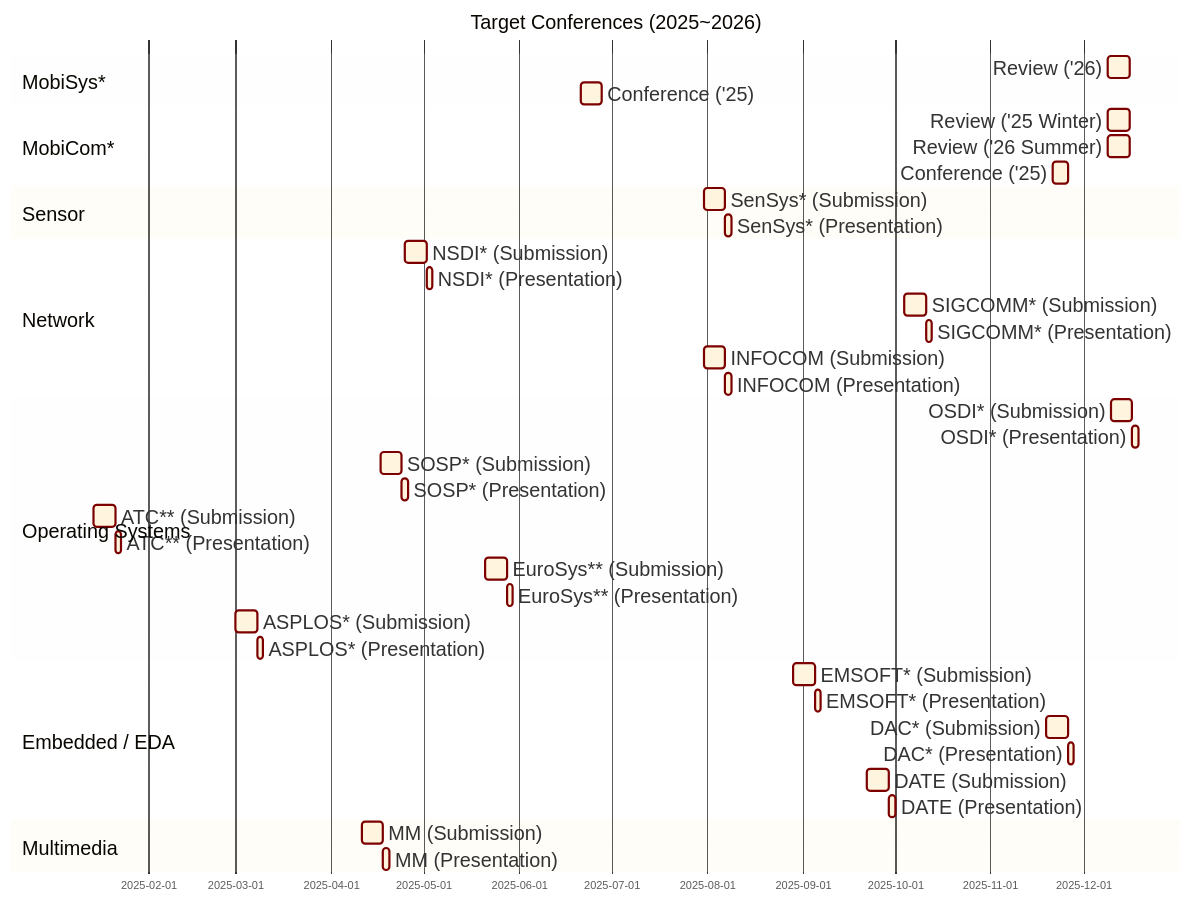
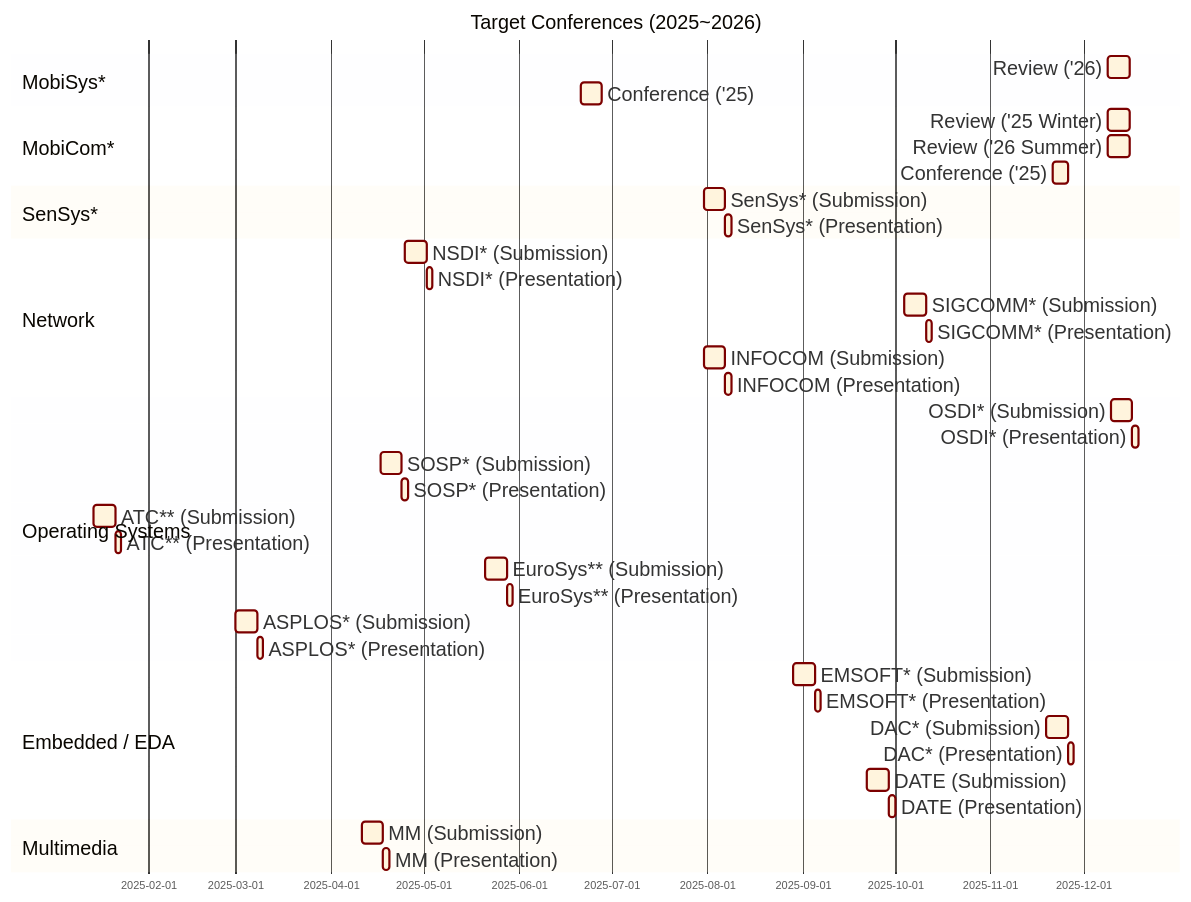
The diagram in README.md (iamseonghoon/Mobile-Systems-Conference-Timelines), drawn with Mermaid before and after one commit.

````diff
--- a/README.md
+++ b/README.md
@@ -5,81 +5,77 @@
 ```mermaid
 %%{init: {'theme': 'base',
 'themeVariables': {
       'fontSize': '18px',
       'primaryBorderColor': '#7C0000',
       'lineColor': '#F8B229',
       'secondaryColor': '#006100',
       'gridColor': '#f0f0f0'},
 "gantt": {
       "fontSize": 18,
       "sectionFontSize": 18,
       "axisFontSize": 20 
   }}}%%
 gantt
     dateFormat  YYYY-MM-DD
     title Target Conferences (2025~2026)
 
     %% --------------------------
     %% Mobile
     %% --------------------------
     section MobiSys*
     Review ('26)        :mobisys-review,    2025-12-09, 7d
     Conference ('25)      :mobisys-conf,    2025-06-21, 7d
     
-
     section MobiCom*
     Review ('25 Winter)       :mobicom-review1,    2025-12-09, 7d
     Review ('26 Summer)       :mobicom-review2,    2025-12-09, 7d
     Conference ('25)          :mobicom-conf,    2025-11-21, 5d
 
-    %% --------------------------
-    %% Sensor
-    %% --------------------------
-    section Sensor
+    section SenSys*
     SenSys* (Submission)        :sens-sub,  2025-07-31, 7d
     SenSys* (Presentation)      :sens-pres, after sens-sub, 2d
 
     %% --------------------------
     %% Network
     %% --------------------------
     section Network
     NSDI* (Submission)          :nsdi-sub,  2025-04-25, 7d
     NSDI* (Presentation)        :nsdi-pres, after nsdi-sub, 2d
     SIGCOMM* (Submission)       :sig-sub,   2025-10-04, 7d
     SIGCOMM* (Presentation)     :sig-pres,  after sig-sub, 2d
     INFOCOM (Submission)        :info-sub,  2025-07-31, 7d
     INFOCOM (Presentation)      :info-pres, after info-sub, 2d
 
     %% --------------------------
     %% Operating Systems
     %% --------------------------
     section Operating Systems
     OSDI* (Submission)          :osdi-sub,  2025-12-10, 7d
     OSDI* (Presentation)        :osdi-pres, after osdi-sub, 2d
     SOSP* (Submission)          :sosp-sub,  2025-04-17, 7d
     SOSP* (Presentation)        :sosp-pres, after sosp-sub, 2d
     ATC** (Submission)          :atc-sub,   2025-01-14, 7d
     ATC** (Presentation)        :atc-pres,  after atc-sub, 2d
     EuroSys** (Submission)      :euros-sub, 2025-05-21, 7d
     EuroSys** (Presentation)    :euros-pres,after euros-sub, 2d
     ASPLOS* (Submission)        :aspl-sub,  2025-03-01, 7d
     ASPLOS* (Presentation)      :aspl-pres, after aspl-sub, 2d
 
     %% --------------------------
     %% Embedded / EDA
     %% --------------------------
     section Embedded / EDA
     EMSOFT* (Submission)        :ems-sub,   2025-08-29, 7d
     EMSOFT* (Presentation)      :ems-pres,  after ems-sub, 2d
     DAC* (Submission)           :dac-sub,   2025-11-19, 7d
     DAC* (Presentation)         :dac-pres,  after dac-sub, 2d
     DATE (Submission)           :date-sub,  2025-09-22, 7d
     DATE (Presentation)         :date-pres, after date-sub, 2d
 
     %% --------------------------
     %% Multimedia
     %% --------------------------
     section Multimedia
     MM (Submission)             :mm-sub,    2025-04-11, 7d
     MM (Presentation)           :mm-pres,   after mm-sub, 2d
 ```
````
